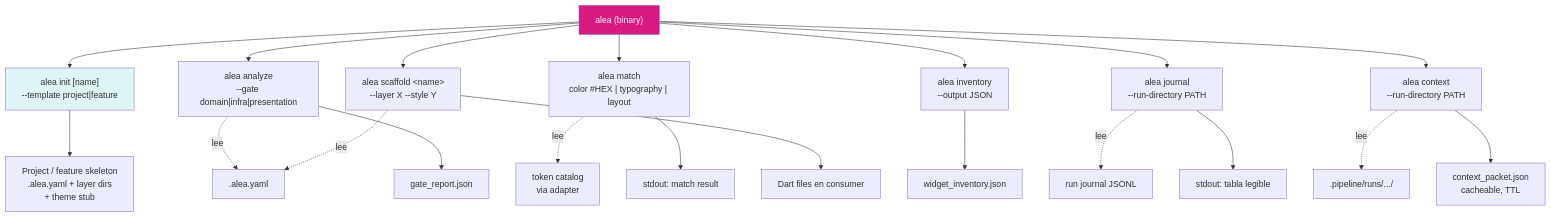
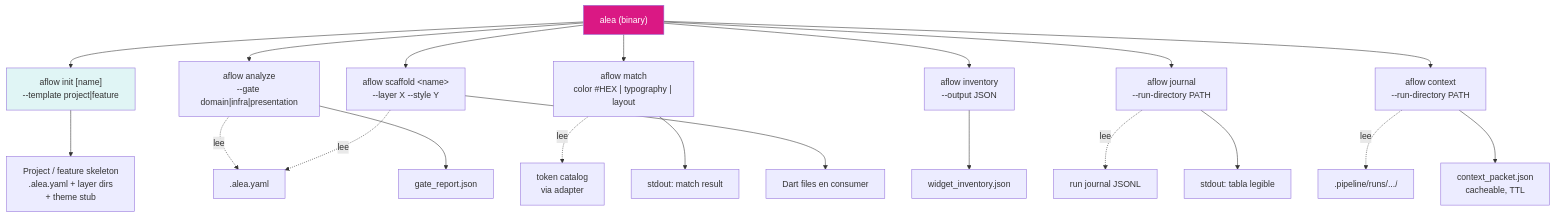
The seventh of 9 diagrams in docs/PROJECT_WALKTHROUGH.md (GuzCabQ/alea-flow), drawn with Mermaid before and after one commit. The commit also changed other lines of this file and 167 other files, not shown here.

First line of the commit message:
release: v0.1.1 — init/config, analyzer remediation, html report, command install, graph via dart_source_graph

````diff
--- a/docs/PROJECT_WALKTHROUGH.md
+++ b/docs/PROJECT_WALKTHROUGH.md
@@ -348,34 +348,34 @@
 ```mermaid
 flowchart TB
     cli["alea (binary)"]
 
-    cli --> init["alea init [name]<br/>--template project|feature"]
-    cli --> analyze["alea analyze<br/>--gate domain|infra|presentation"]
-    cli --> match["alea match<br/>color #HEX | typography | layout"]
-    cli --> scaffold["alea scaffold &lt;name&gt;<br/>--layer X --style Y"]
-    cli --> inventory["alea inventory<br/>--output JSON"]
-    cli --> journal["alea journal<br/>--run-directory PATH"]
-    cli --> context["alea context<br/>--run-directory PATH"]
+    cli --> init["aflow init [name]<br/>--template project|feature"]
+    cli --> analyze["aflow analyze<br/>--gate domain|infra|presentation"]
+    cli --> match["aflow match<br/>color #HEX | typography | layout"]
+    cli --> scaffold["aflow scaffold &lt;name&gt;<br/>--layer X --style Y"]
+    cli --> inventory["aflow inventory<br/>--output JSON"]
+    cli --> journal["aflow journal<br/>--run-directory PATH"]
+    cli --> context["aflow context<br/>--run-directory PATH"]
 
     init --> bootstrap[Project / feature skeleton<br/>.alea.yaml + layer dirs<br/>+ theme stub]
 
     analyze -.lee.-> conf[.alea.yaml]
     analyze --> gateJson[gate_report.json]
 
     match -.lee.-> tokenCatalog[token catalog<br/>via adapter]
     match --> stdout1[stdout: match result]
 
     scaffold -.lee.-> conf
     scaffold --> dartFiles[Dart files en consumer]
 
     inventory --> jsonOut[widget_inventory.json]
 
     journal -.lee.-> jsonl[run journal JSONL]
     journal --> stdout2[stdout: tabla legible]
 
     context -.lee.-> runDir[.pipeline/runs/.../]
     context --> packet[context_packet.json<br/>cacheable, TTL]
 
     style cli fill:#DA1884,color:#fff
     style init fill:#E0F5F5
 ```
````
